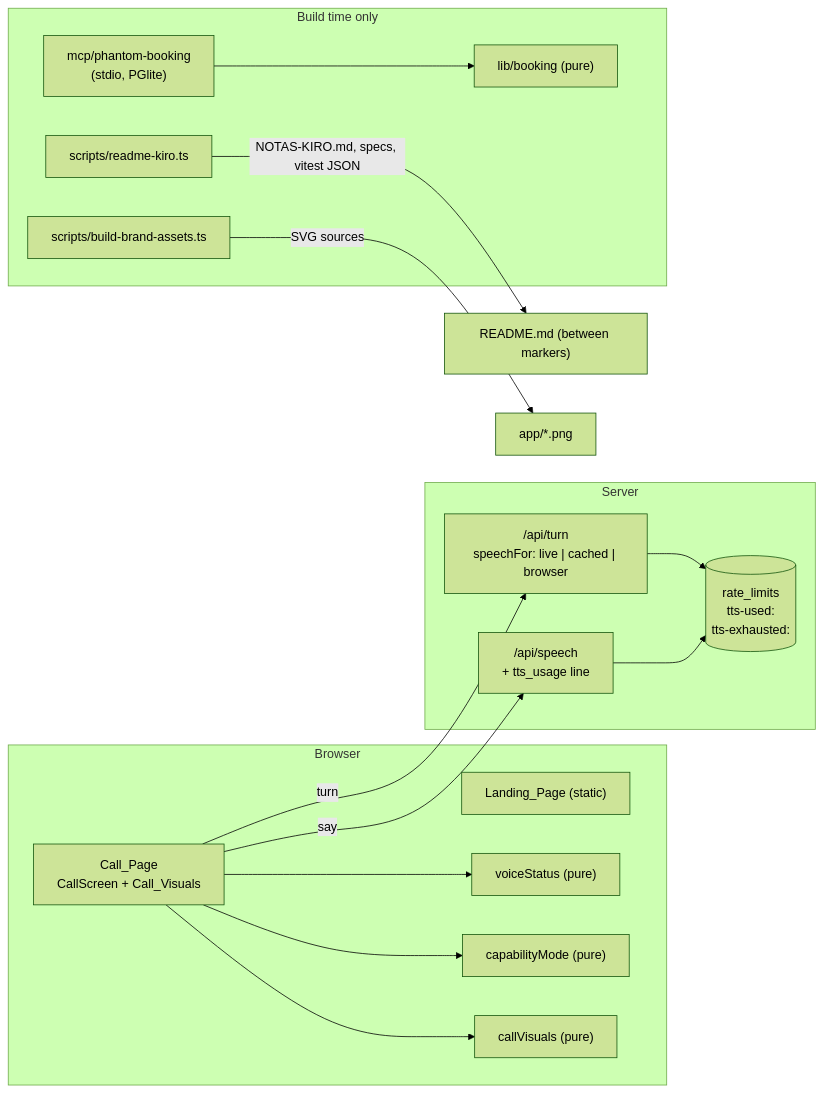
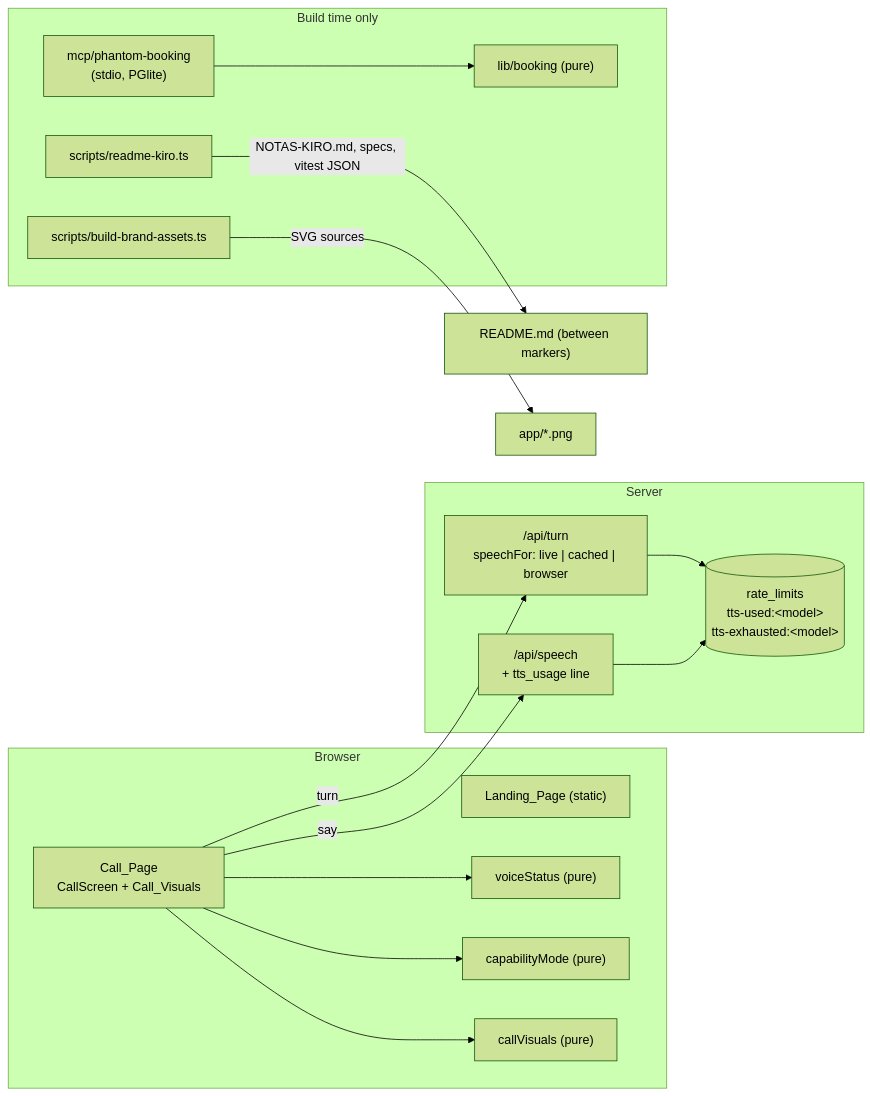
Before and after one commit to automatizacionesmorente-png/phantom-line: the first of 2 diagrams in .kiro/specs/jury-polish/design.md, drawn with Mermaid (forest theme). The commit also changed other lines of this file and 73 other files, not shown here.

````diff
--- a/.kiro/specs/jury-polish/design.md
+++ b/.kiro/specs/jury-polish/design.md
@@ -37,31 +50,31 @@
 ```mermaid
 flowchart LR
   subgraph Browser
-    CP["Call_Page\nCallScreen + Call_Visuals"]
+    CP["Call_Page<br>CallScreen + Call_Visuals"]
     LP["Landing_Page (static)"]
     VS["voiceStatus (pure)"]
     CM["capabilityMode (pure)"]
     CV["callVisuals (pure)"]
   end
   subgraph Server
-    TA["/api/turn\nspeechFor: live | cached | browser"]
-    SA["/api/speech\n+ tts_usage line"]
-    RL[("rate_limits\ntts-used:<model>\ntts-exhausted:<model>")]
+    TA["/api/turn<br>speechFor: live | cached | browser"]
+    SA["/api/speech<br>+ tts_usage line"]
+    RL[("rate_limits<br>tts-used:#lt;model#gt;<br>tts-exhausted:#lt;model#gt;")]
   end
   CP --> CM
   CP --> VS
   CP --> CV
   CP -->|turn| TA
   CP -->|say| SA
   TA --> RL
   SA --> RL
   subgraph Dev["Build time only"]
-    MCP["mcp/phantom-booking\n(stdio, PGlite)"]
+    MCP["mcp/phantom-booking<br>(stdio, PGlite)"]
     BR["lib/booking (pure)"]
     GEN["scripts/readme-kiro.ts"]
     BA["scripts/build-brand-assets.ts"]
   end
   MCP --> BR
   GEN -->|"NOTAS-KIRO.md, specs, vitest JSON"| RM["README.md (between markers)"]
   BA -->|"SVG sources"| PNG["app/*.png"]
 ```
````
